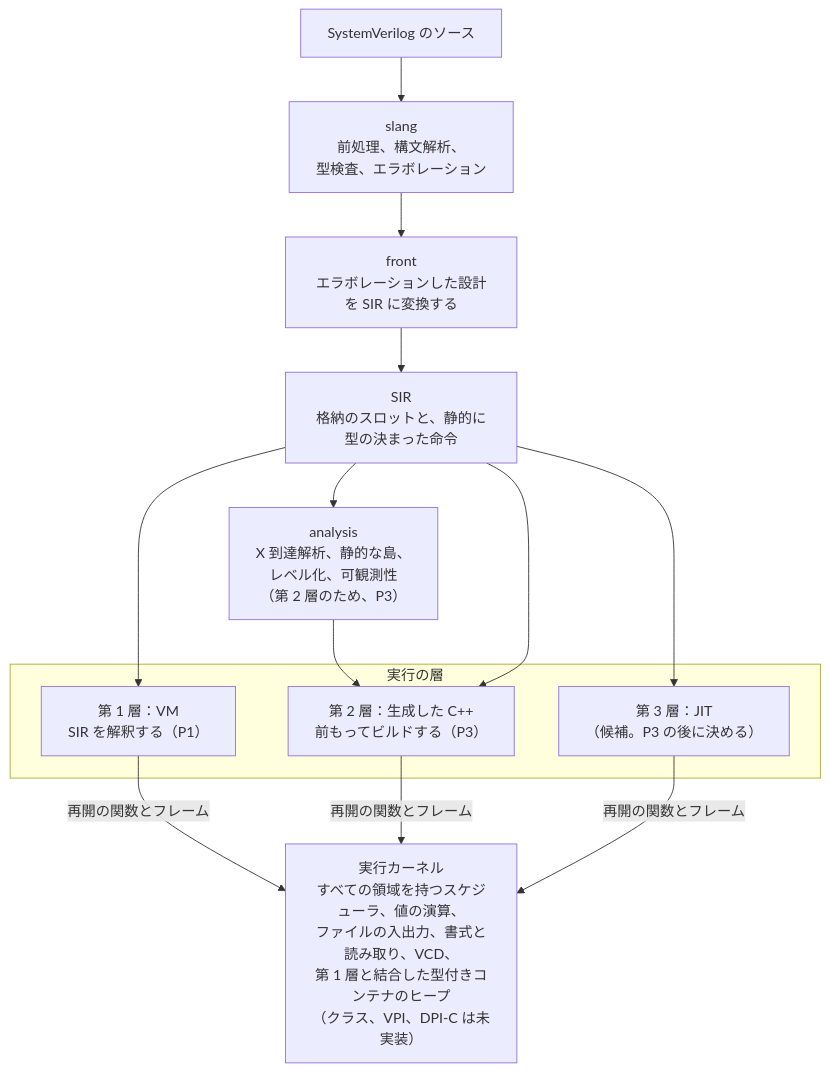
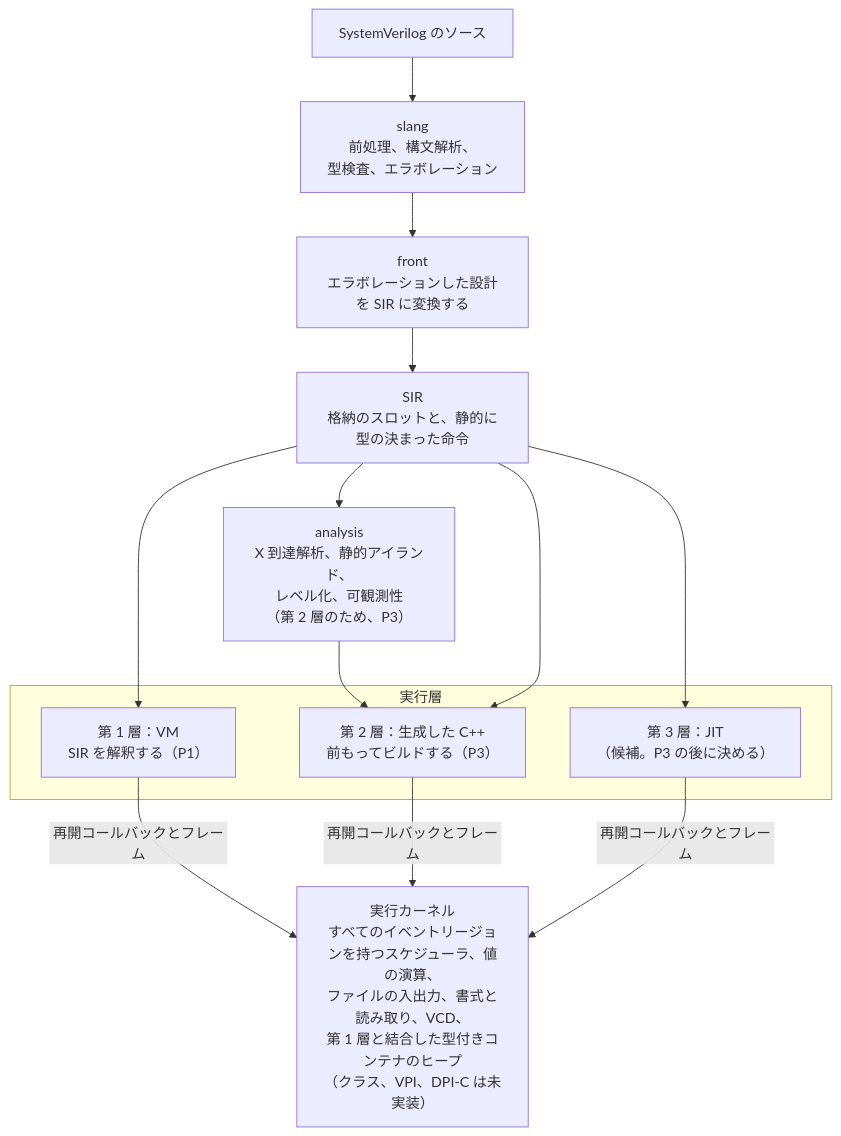
One commit to kurochan001/kirimasim changed the diagram in README.ja.md. Above: the diagram before and after it, drawn with Mermaid. The commit also changed other lines of this file and 86 other files, not shown here.

````diff
--- a/README.ja.md
+++ b/README.ja.md
@@ -740,22 +740,22 @@
 ```mermaid
 flowchart TD
     src["SystemVerilog のソース"]
     slang["slang<br/>前処理、構文解析、<br/>型検査、エラボレーション"]
     front["front<br/>エラボレーションした設計を SIR に変換する"]
     sir["SIR<br/>格納のスロットと、静的に型の決まった命令"]
-    analysis["analysis<br/>X 到達解析、静的な島、<br/>レベル化、可観測性<br/>（第 2 層のため、P3）"]
-    subgraph tiers["実行の層"]
+    analysis["analysis<br/>X 到達解析、静的アイランド、<br/>レベル化、可観測性<br/>（第 2 層のため、P3）"]
+    subgraph tiers["実行層"]
         t1["第 1 層：VM<br/>SIR を解釈する（P1）"]
         t2["第 2 層：生成した C++<br/>前もってビルドする（P3）"]
         t3["第 3 層：JIT<br/>（候補。P3 の後に決める）"]
     end
-    kernel["実行カーネル<br/>すべての領域を持つスケジューラ、値の演算、<br/>ファイルの入出力、書式と読み取り、VCD、<br/>第 1 層と結合した型付きコンテナのヒープ<br/>（クラス、VPI、DPI-C は未実装）"]
+    kernel["実行カーネル<br/>すべてのイベントリージョンを持つスケジューラ、値の演算、<br/>ファイルの入出力、書式と読み取り、VCD、<br/>第 1 層と結合した型付きコンテナのヒープ<br/>（クラス、VPI、DPI-C は未実装）"]
     src --> slang --> front --> sir
     sir --> t1
     sir --> analysis --> t2
     sir --> t2
     sir --> t3
-    t1 -->|"再開の関数とフレーム"| kernel
-    t2 -->|"再開の関数とフレーム"| kernel
-    t3 -->|"再開の関数とフレーム"| kernel
+    t1 -->|"再開コールバックとフレーム"| kernel
+    t2 -->|"再開コールバックとフレーム"| kernel
+    t3 -->|"再開コールバックとフレーム"| kernel
 ```
````
